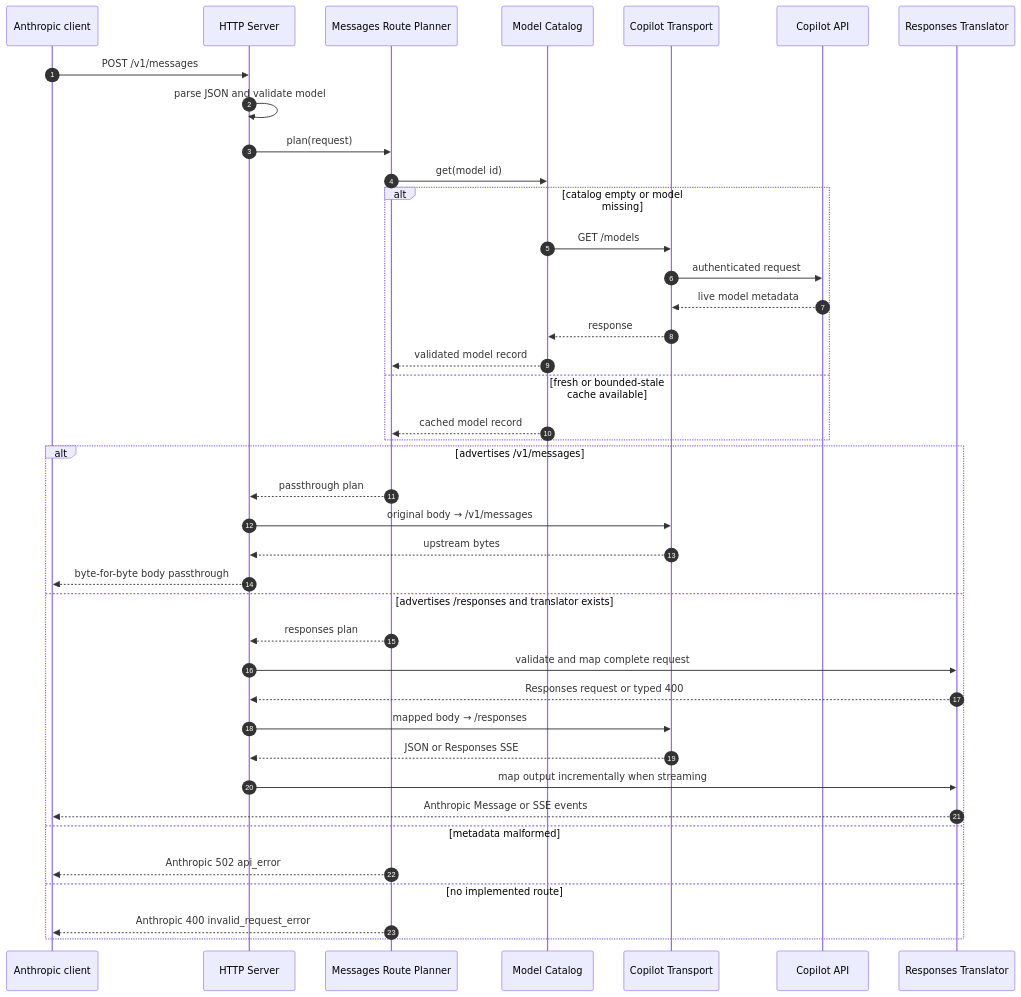
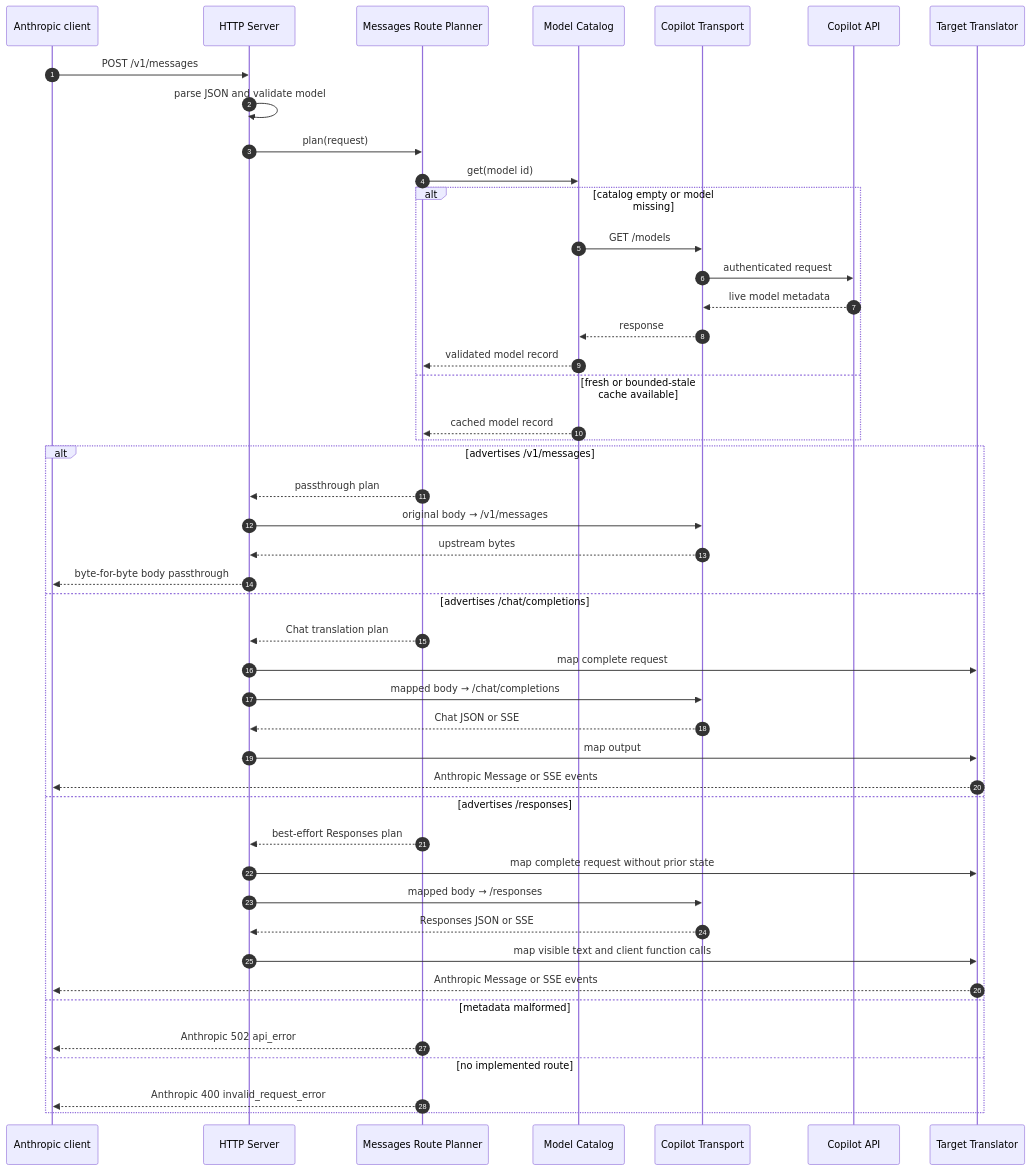
Before and after one commit to luciferwww/copilot-relay: the fourth of 5 diagrams in docs/design.md, drawn with Mermaid. The commit also changed other lines of this file and 29 other files, not shown here.

````diff
--- a/docs/design.md
+++ b/docs/design.md
@@ -170,43 +164,49 @@
 ```mermaid
 sequenceDiagram
     autonumber
     participant C as Anthropic client
     participant S as HTTP Server
     participant R as Messages Route Planner
     participant M as Model Catalog
     participant T as Copilot Transport
     participant U as Copilot API
-    participant X as Responses Translator
+    participant X as Target Translator
 
     C->>S: POST /v1/messages
     S->>S: parse JSON and validate model
     S->>R: plan(request)
     R->>M: get(model id)
     alt catalog empty or model missing
         M->>T: GET /models
         T->>U: authenticated request
         U-->>T: live model metadata
         T-->>M: response
         M-->>R: validated model record
     else fresh or bounded-stale cache available
         M-->>R: cached model record
     end
     alt advertises /v1/messages
         R-->>S: passthrough plan
         S->>T: original body → /v1/messages
         T-->>S: upstream bytes
         S-->>C: byte-for-byte body passthrough
-    else advertises /responses and translator exists
-        R-->>S: responses plan
-        S->>X: validate and map complete request
-        X-->>S: Responses request or typed 400
+    else advertises /chat/completions
+        R-->>S: Chat translation plan
+        S->>X: map complete request
+        S->>T: mapped body → /chat/completions
+        T-->>S: Chat JSON or SSE
+        S->>X: map output
+        X-->>C: Anthropic Message or SSE events
+    else advertises /responses
+        R-->>S: best-effort Responses plan
+        S->>X: map complete request without prior state
         S->>T: mapped body → /responses
-        T-->>S: JSON or Responses SSE
-        S->>X: map output incrementally when streaming
+        T-->>S: Responses JSON or SSE
+        S->>X: map visible text and client function calls
         X-->>C: Anthropic Message or SSE events
     else metadata malformed
         R-->>C: Anthropic 502 api_error
     else no implemented route
         R-->>C: Anthropic 400 invalid_request_error
     end
 ```
````
